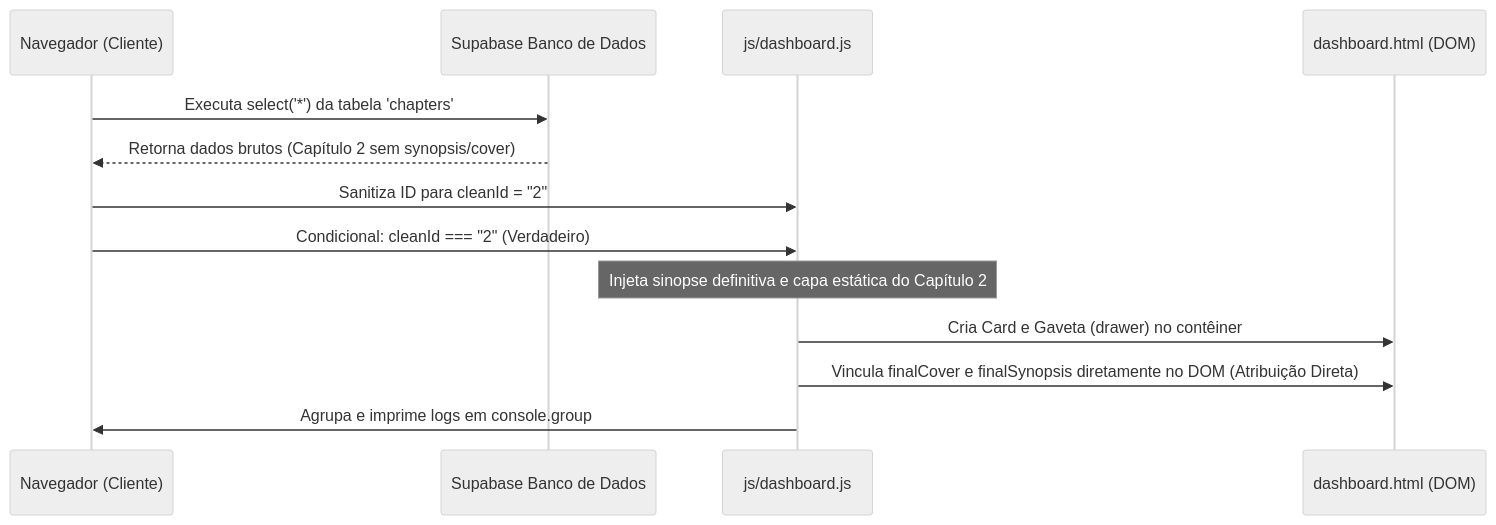
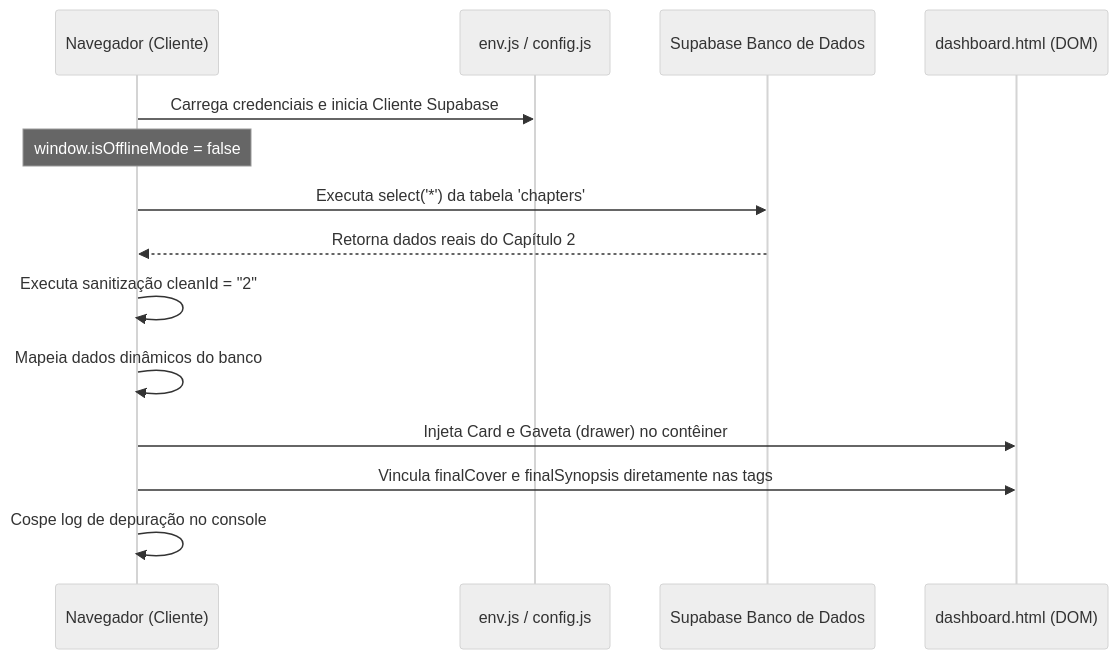
Before and after one commit to omoloya/site-fiovermelho: the diagram in chapter_2_technical_specs.md, drawn with Mermaid (neutral theme). The commit also changed other lines of this file, not shown here.

Commit message:
docs: update chapter_2_technical_specs.md to reflect dynamic Supabase loading

````diff
--- a/chapter_2_technical_specs.md
+++ b/chapter_2_technical_specs.md
@@ -24,16 +22,17 @@
 ```mermaid
 sequenceDiagram
     participant Browser as Navegador (Cliente)
+    participant Config as env.js / config.js
     participant DB as Supabase Banco de Dados
-    participant JS as js/dashboard.js
     participant DOM as dashboard.html (DOM)
 
+    Browser->>Config: Carrega credenciais e inicia Cliente Supabase
+    Note over Browser: window.isOfflineMode = false
     Browser->>DB: Executa select('*') da tabela 'chapters'
-    DB-->>Browser: Retorna dados brutos (Capítulo 2 sem synopsis/cover)
-    Browser->>JS: Sanitiza ID para cleanId = "2"
-    Browser->>JS: Condicional: cleanId === "2" (Verdadeiro)
-    Note over JS: Injeta sinopse definitiva e capa estática do Capítulo 2
-    JS->>DOM: Cria Card e Gaveta (drawer) no contêiner
-    JS->>DOM: Vincula finalCover e finalSynopsis diretamente no DOM (Atribuição Direta)
-    JS->>Browser: Agrupa e imprime logs em console.group
+    DB-->>Browser: Retorna dados reais do Capítulo 2
+    Browser->>Browser: Executa sanitização cleanId = "2"
+    Browser->>Browser: Mapeia dados dinâmicos do banco
+    Browser->>DOM: Injeta Card e Gaveta (drawer) no contêiner
+    Browser->>DOM: Vincula finalCover e finalSynopsis diretamente nas tags
+    Browser->>Browser: Cospe log de depuração no console
 ```
````
